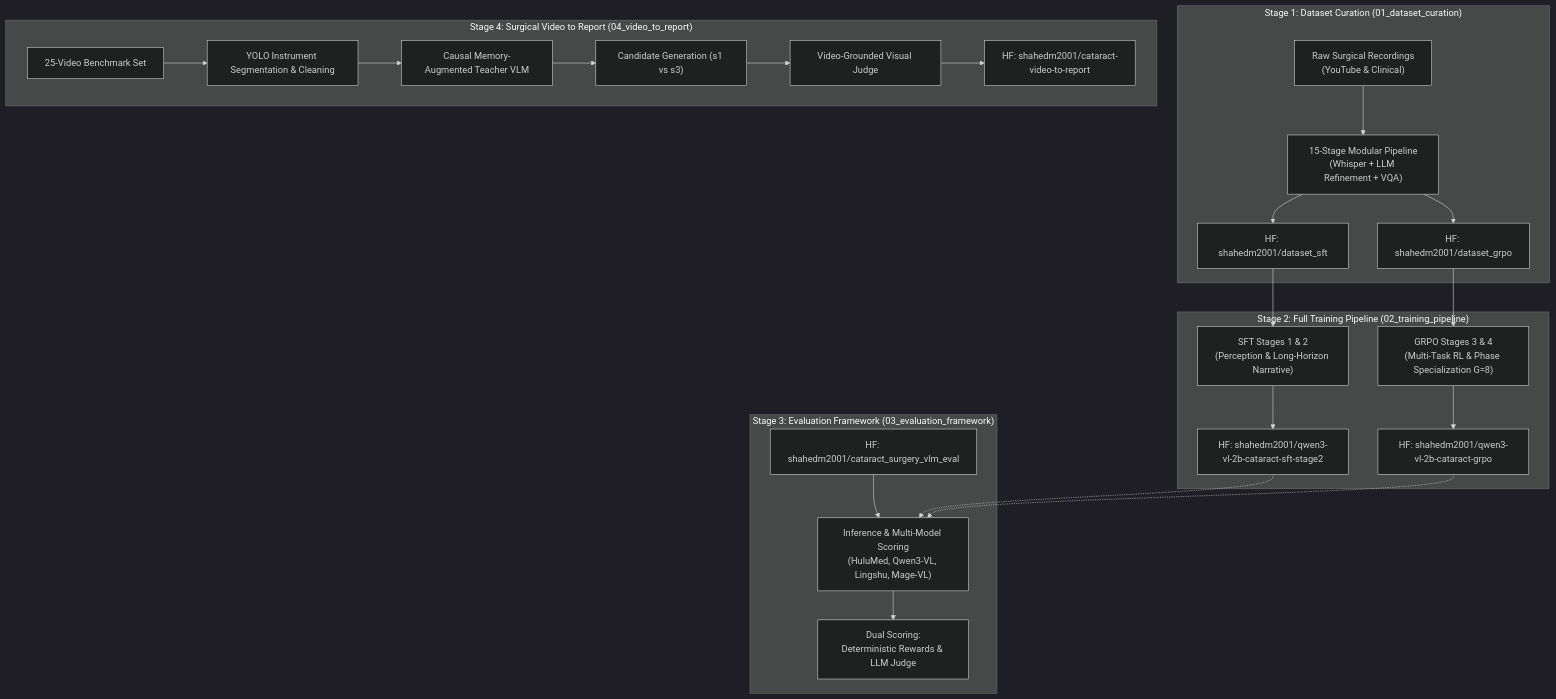
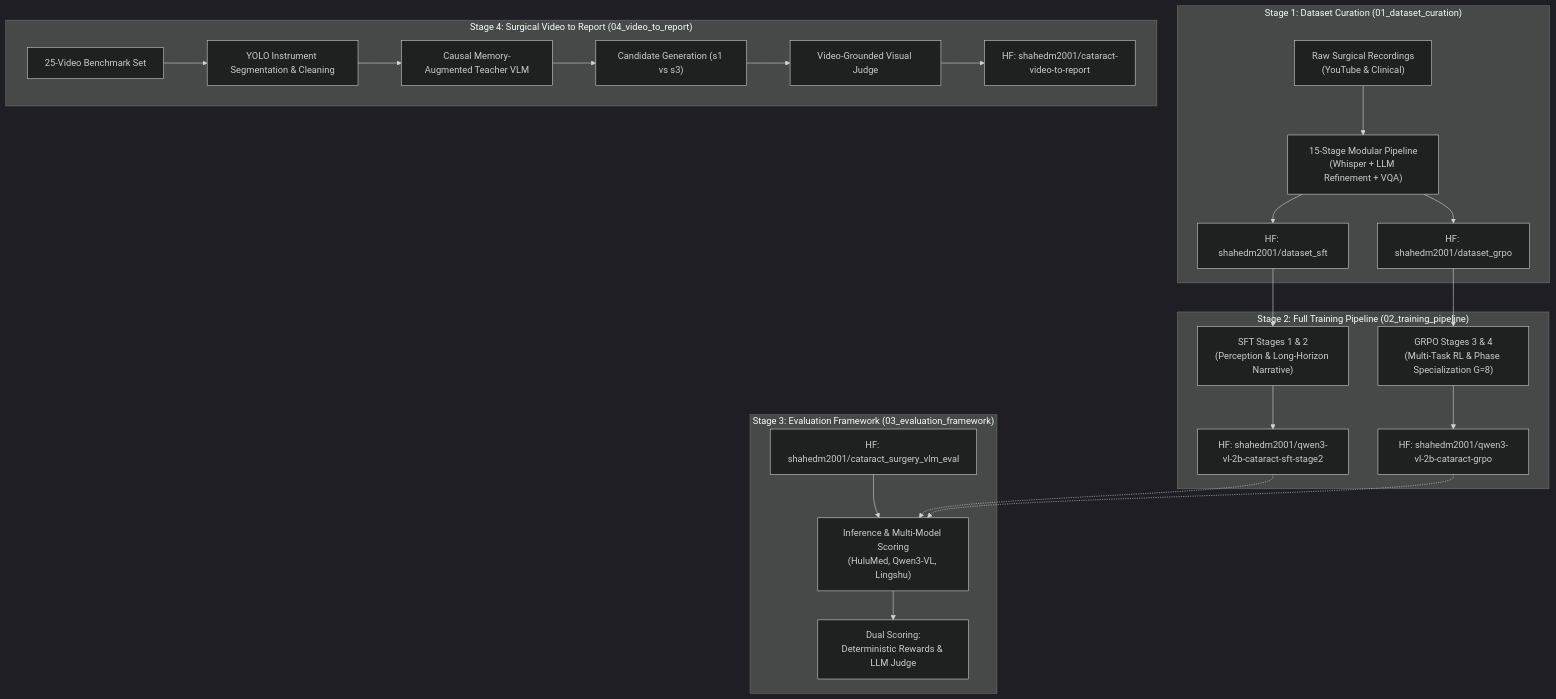
Before and after one commit to shahedmomenzadeh/Surgical-VLM: the diagram in README.md, drawn with Mermaid (dark theme). The commit also changed other lines of this file and 8 other files, not shown here.

Commit message:
refactor: remove Mage-VL model and references from evaluation framework

````diff
--- a/README.md
+++ b/README.md
@@ -36,30 +36,30 @@
 ```mermaid
 flowchart TD
     subgraph S1["Stage 1: Dataset Curation (01_dataset_curation)"]
         RawVideos["Raw Surgical Recordings<br/>(YouTube & Clinical)"] --> Curation["15-Stage Modular Pipeline<br/>(Whisper + LLM Refinement + VQA)"]
         Curation --> SFT_Data["HF: shahedm2001/dataset_sft"]
         Curation --> GRPO_Data["HF: shahedm2001/dataset_grpo"]
     end
 
     subgraph S2["Stage 2: Full Training Pipeline (02_training_pipeline)"]
         SFT_Data --> SFT_Train["SFT Stages 1 & 2<br/>(Perception & Long-Horizon Narrative)"]
         GRPO_Data --> GRPO_Train["GRPO Stages 3 & 4<br/>(Multi-Task RL & Phase Specialization G=8)"]
         SFT_Train --> SFT_Model["HF: shahedm2001/qwen3-vl-2b-cataract-sft-stage2"]
         GRPO_Train --> GRPO_Model["HF: shahedm2001/qwen3-vl-2b-cataract-grpo"]
     end
 
     subgraph S3["Stage 3: Evaluation Framework (03_evaluation_framework)"]
-        EvalBenchmark["HF: shahedm2001/cataract_surgery_vlm_eval"] --> EvalSuite["Inference & Multi-Model Scoring<br/>(HuluMed, Qwen3-VL, Lingshu, Mage-VL)"]
+        EvalBenchmark["HF: shahedm2001/cataract_surgery_vlm_eval"] --> EvalSuite["Inference & Multi-Model Scoring<br/>(HuluMed, Qwen3-VL, Lingshu)"]
         SFT_Model -.-> EvalSuite
         GRPO_Model -.-> EvalSuite
         EvalSuite --> Metrics["Dual Scoring:<br/>Deterministic Rewards & LLM Judge"]
     end
 
     subgraph S4["Stage 4: Surgical Video to Report (04_video_to_report)"]
         SurgeryVideos["25-Video Benchmark Set"] --> YOLO["YOLO Instrument Segmentation & Cleaning"]
         YOLO --> Teacher["Causal Memory-Augmented Teacher VLM"]
         Teacher --> Students["Candidate Generation (s1 vs s3)"]
         Students --> Judge["Video-Grounded Visual Judge"]
         Judge --> Leaderboard["HF: shahedm2001/cataract-video-to-report"]
     end
 ```
````
